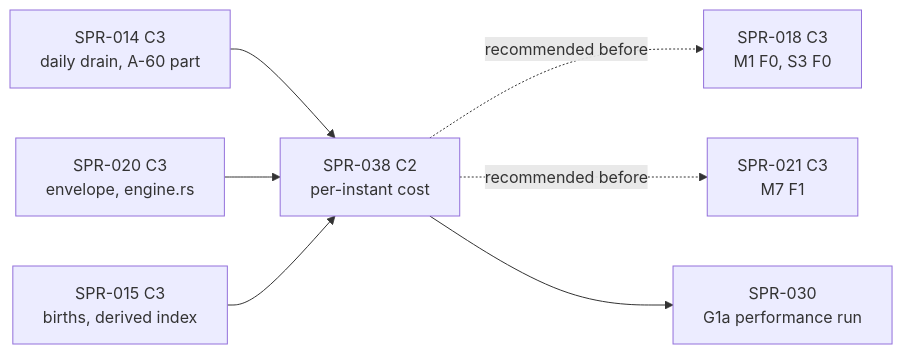
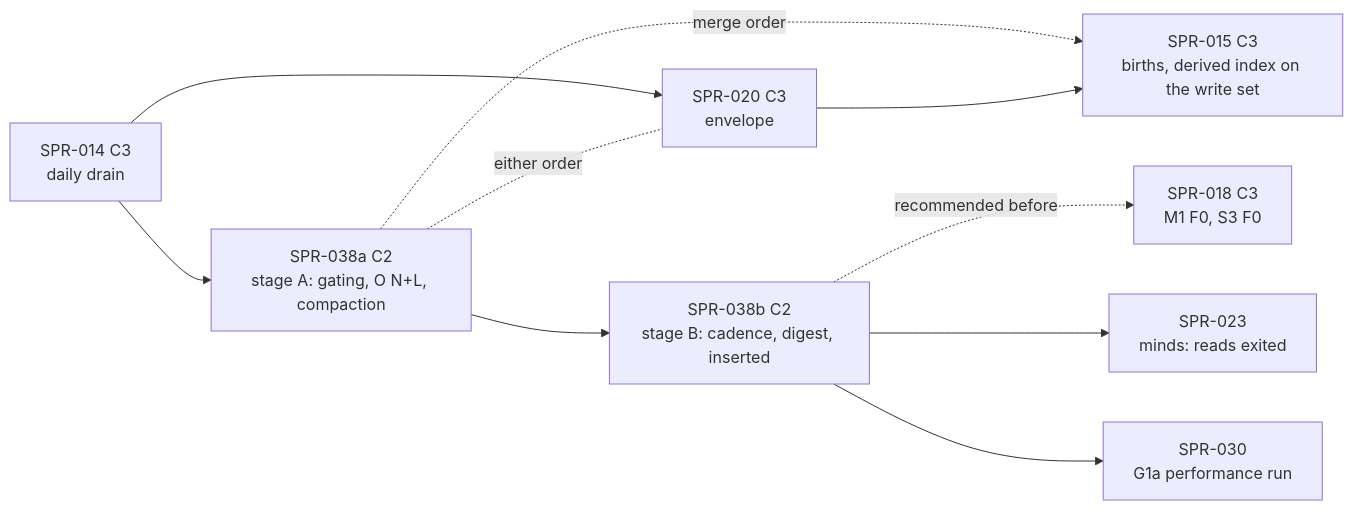
The diagram in CODEX/05_PROJECT/SPR-038_PerInstantCost.md (BigRigVibeCoder/Rehoboam), drawn with Mermaid before and after one commit. The commit also changed other lines of this file and 2 other files, not shown here.

````diff
--- a/CODEX/05_PROJECT/SPR-038_PerInstantCost.md
+++ b/CODEX/05_PROJECT/SPR-038_PerInstantCost.md
@@ -370,9 +447,12 @@
 ```mermaid
 flowchart LR
-  S014[SPR-014 C3<br/>daily drain, A-60 part] --> S038[SPR-038 C2<br/>per-instant cost]
-  S020[SPR-020 C3<br/>envelope, engine.rs] --> S038
-  S015[SPR-015 C3<br/>births, derived index] --> S038
-  S038 -.recommended before.-> S018[SPR-018 C3<br/>M1 F0, S3 F0]
-  S038 -.recommended before.-> S021[SPR-021 C3<br/>M7 F1]
-  S038 --> S030[SPR-030<br/>G1a performance run]
+  S014[SPR-014 C3<br/>daily drain] --> S038a[SPR-038a C2<br/>stage A: gating, O N+L, compaction]
+  S014 --> S020[SPR-020 C3<br/>envelope]
+  S038a -.either order.- S020
+  S038a -.merge order.-> S015[SPR-015 C3<br/>births, derived index on the write set]
+  S020 --> S015
+  S038a --> S038b[SPR-038b C2<br/>stage B: cadence, digest, inserted]
+  S038b -.recommended before.-> S018[SPR-018 C3<br/>M1 F0, S3 F0]
+  S038b --> S023[SPR-023<br/>minds: reads exited]
+  S038b --> S030[SPR-030<br/>G1a performance run]
 ```
````
